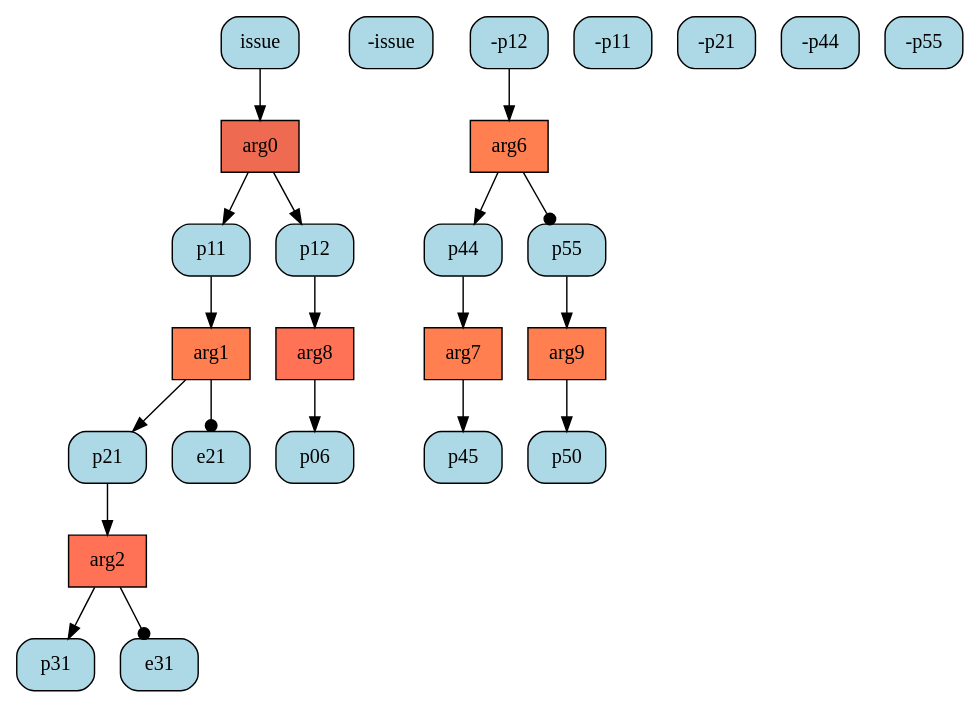
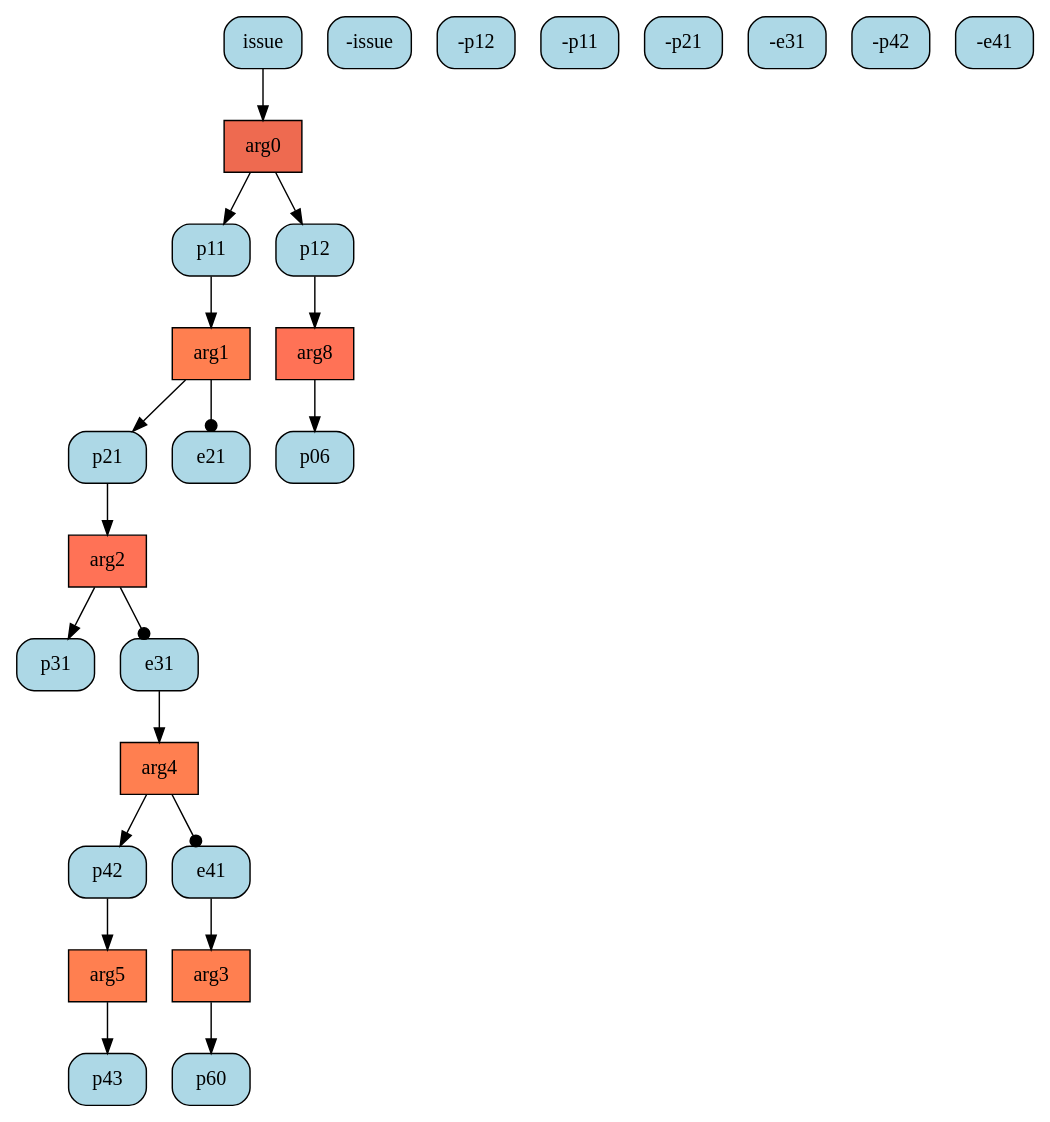
The diagram in system/dot/deep1vs1/1_2.dot (goweiting/carneades-ext), drawn with Graphviz before and after one commit. The commit also changed 114 other files, not shown here.

```diff
--- a/system/dot/deep1vs1/1_2.dot
+++ b/system/dot/deep1vs1/1_2.dot
@@ -1,45 +1,46 @@
 digraph G{ 
 "arg0" [color="black", fillcolor="coral2",fixedsize=false, shape=box, style="filled"]; 
 "issue" [color="black", fillcolor="lightblue", fixedsize=false,  shape="box", style="rounded,filled"]; 
 "-issue" [color="black", fillcolor="lightblue", fixedsize=false,  shape="box", style="rounded,filled"]; 
 "p11" [color="black", fillcolor="lightblue", fixedsize=false,  shape="box", style="rounded,filled"]; 
 "p12" [color="black", fillcolor="lightblue", fixedsize=false,  shape="box", style="rounded,filled"]; 
 "arg8" [color="black", fillcolor="coral1",fixedsize=false, shape=box, style="filled"]; 
 "-p12" [color="black", fillcolor="lightblue", fixedsize=false,  shape="box", style="rounded,filled"]; 
 "p06" [color="black", fillcolor="lightblue", fixedsize=false,  shape="box", style="rounded,filled"]; 
 "arg1" [color="black", fillcolor="coral",fixedsize=false, shape=box, style="filled"]; 
 "-p11" [color="black", fillcolor="lightblue", fixedsize=false,  shape="box", style="rounded,filled"]; 
 "p21" [color="black", fillcolor="lightblue", fixedsize=false,  shape="box", style="rounded,filled"]; 
 "e21" [color="black", fillcolor="lightblue", fixedsize=false,  shape="box", style="rounded,filled"]; 
 "arg2" [color="black", fillcolor="coral1",fixedsize=false, shape=box, style="filled"]; 
 "-p21" [color="black", fillcolor="lightblue", fixedsize=false,  shape="box", style="rounded,filled"]; 
 "p31" [color="black", fillcolor="lightblue", fixedsize=false,  shape="box", style="rounded,filled"]; 
 "e31" [color="black", fillcolor="lightblue", fixedsize=false,  shape="box", style="rounded,filled"]; 
-"arg6" [color="black", fillcolor="coral",fixedsize=false, shape=box, style="filled"]; 
-"p44" [color="black", fillcolor="lightblue", fixedsize=false,  shape="box", style="rounded,filled"]; 
-"p55" [color="black", fillcolor="lightblue", fixedsize=false,  shape="box", style="rounded,filled"]; 
-"arg7" [color="black", fillcolor="coral",fixedsize=false, shape=box, style="filled"]; 
-"-p44" [color="black", fillcolor="lightblue", fixedsize=false,  shape="box", style="rounded,filled"]; 
-"p45" [color="black", fillcolor="lightblue", fixedsize=false,  shape="box", style="rounded,filled"]; 
-"arg9" [color="black", fillcolor="coral",fixedsize=false, shape=box, style="filled"]; 
-"-p55" [color="black", fillcolor="lightblue", fixedsize=false,  shape="box", style="rounded,filled"]; 
-"p50" [color="black", fillcolor="lightblue", fixedsize=false,  shape="box", style="rounded,filled"]; 
+"arg4" [color="black", fillcolor="coral",fixedsize=false, shape=box, style="filled"]; 
+"-e31" [color="black", fillcolor="lightblue", fixedsize=false,  shape="box", style="rounded,filled"]; 
+"p42" [color="black", fillcolor="lightblue", fixedsize=false,  shape="box", style="rounded,filled"]; 
+"e41" [color="black", fillcolor="lightblue", fixedsize=false,  shape="box", style="rounded,filled"]; 
+"arg5" [color="black", fillcolor="coral",fixedsize=false, shape=box, style="filled"]; 
+"-p42" [color="black", fillcolor="lightblue", fixedsize=false,  shape="box", style="rounded,filled"]; 
+"p43" [color="black", fillcolor="lightblue", fixedsize=false,  shape="box", style="rounded,filled"]; 
+"arg3" [color="black", fillcolor="coral",fixedsize=false, shape=box, style="filled"]; 
+"-e41" [color="black", fillcolor="lightblue", fixedsize=false,  shape="box", style="rounded,filled"]; 
+"p60" [color="black", fillcolor="lightblue", fixedsize=false,  shape="box", style="rounded,filled"]; 
 "issue" -> "arg0" ; 
 "arg0" -> "p11" ; 
 "arg0" -> "p12" ; 
 "p12" -> "arg8" ; 
 "arg8" -> "p06" ; 
 "p11" -> "arg1" ; 
 "arg1" -> "p21" ; 
 "arg1" -> "e21" [arrowhead=dot] ; 
 "p21" -> "arg2" ; 
 "arg2" -> "p31" ; 
 "arg2" -> "e31" [arrowhead=dot] ; 
-"-p12" -> "arg6" ; 
-"arg6" -> "p44" ; 
-"arg6" -> "p55" [arrowhead=dot] ; 
-"p44" -> "arg7" ; 
-"arg7" -> "p45" ; 
-"p55" -> "arg9" ; 
-"arg9" -> "p50" ; 
+"e31" -> "arg4" ; 
+"arg4" -> "p42" ; 
+"arg4" -> "e41" [arrowhead=dot] ; 
+"p42" -> "arg5" ; 
+"arg5" -> "p43" ; 
+"e41" -> "arg3" ; 
+"arg3" -> "p60" ; 
 }
```
